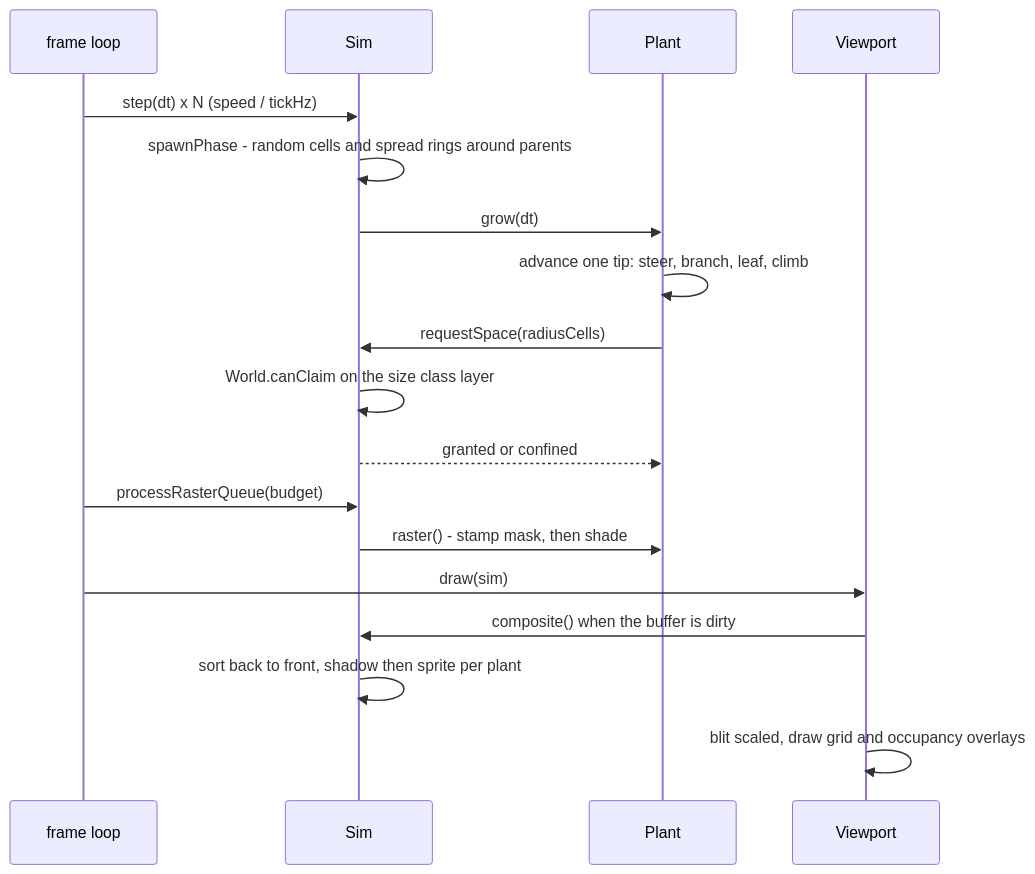
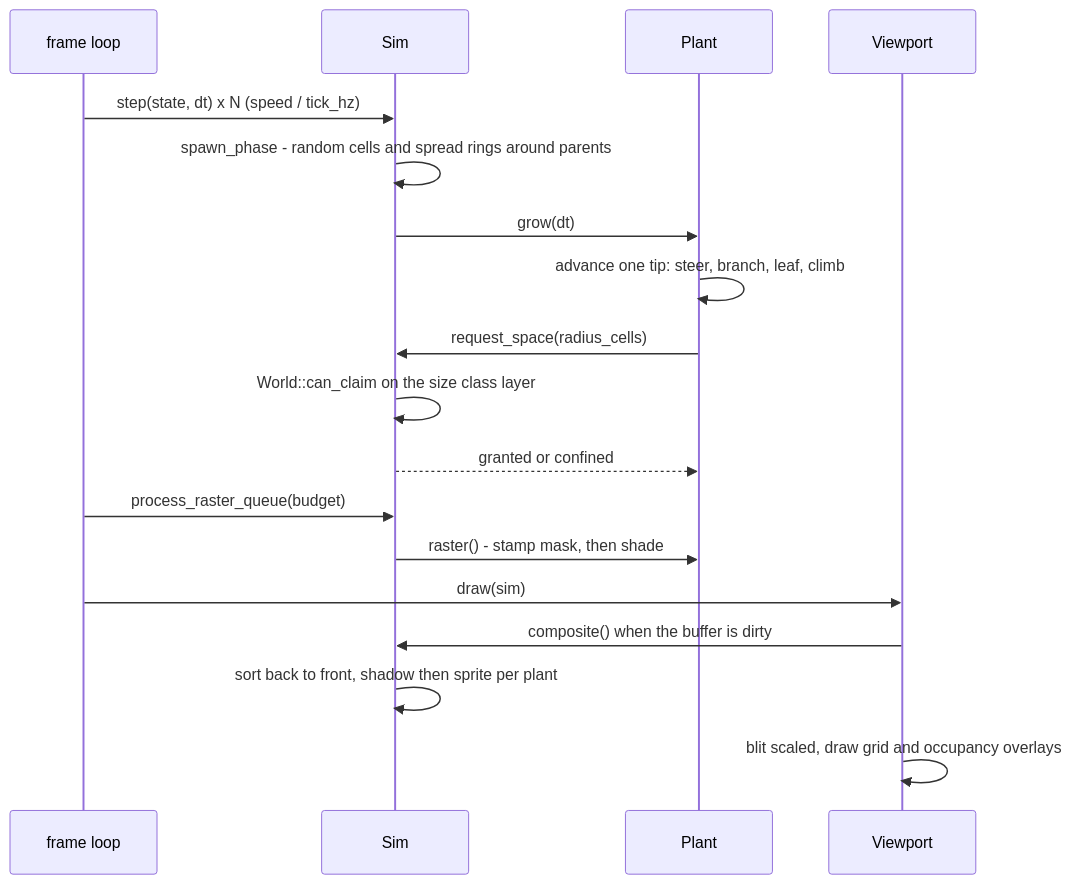
One commit to tmpk13/grow changed the sixth of 29 diagrams in ARCHITECTURE.md. Above: the diagram before and after it, drawn with Mermaid. The commit also changed other lines of this file and 55 other files, not shown here.

````diff
--- a/ARCHITECTURE.md
+++ b/ARCHITECTURE.md
@@ -213,21 +382,21 @@
 ```mermaid
 sequenceDiagram
   participant L as frame loop
   participant S as Sim
   participant P as Plant
   participant V as Viewport
 
-  L->>S: step(dt) x N (speed / tickHz)
-  S->>S: spawnPhase - random cells and spread rings around parents
+  L->>S: step(state, dt) x N (speed / tick_hz)
+  S->>S: spawn_phase - random cells and spread rings around parents
   S->>P: grow(dt)
   P->>P: advance one tip: steer, branch, leaf, climb
-  P->>S: requestSpace(radiusCells)
-  S->>S: World.canClaim on the size class layer
+  P->>S: request_space(radius_cells)
+  S->>S: World::can_claim on the size class layer
   S-->>P: granted or confined
-  L->>S: processRasterQueue(budget)
+  L->>S: process_raster_queue(budget)
   S->>P: raster() - stamp mask, then shade
   L->>V: draw(sim)
   V->>S: composite() when the buffer is dirty
   S->>S: sort back to front, shadow then sprite per plant
   V->>V: blit scaled, draw grid and occupancy overlays
 ```
````
